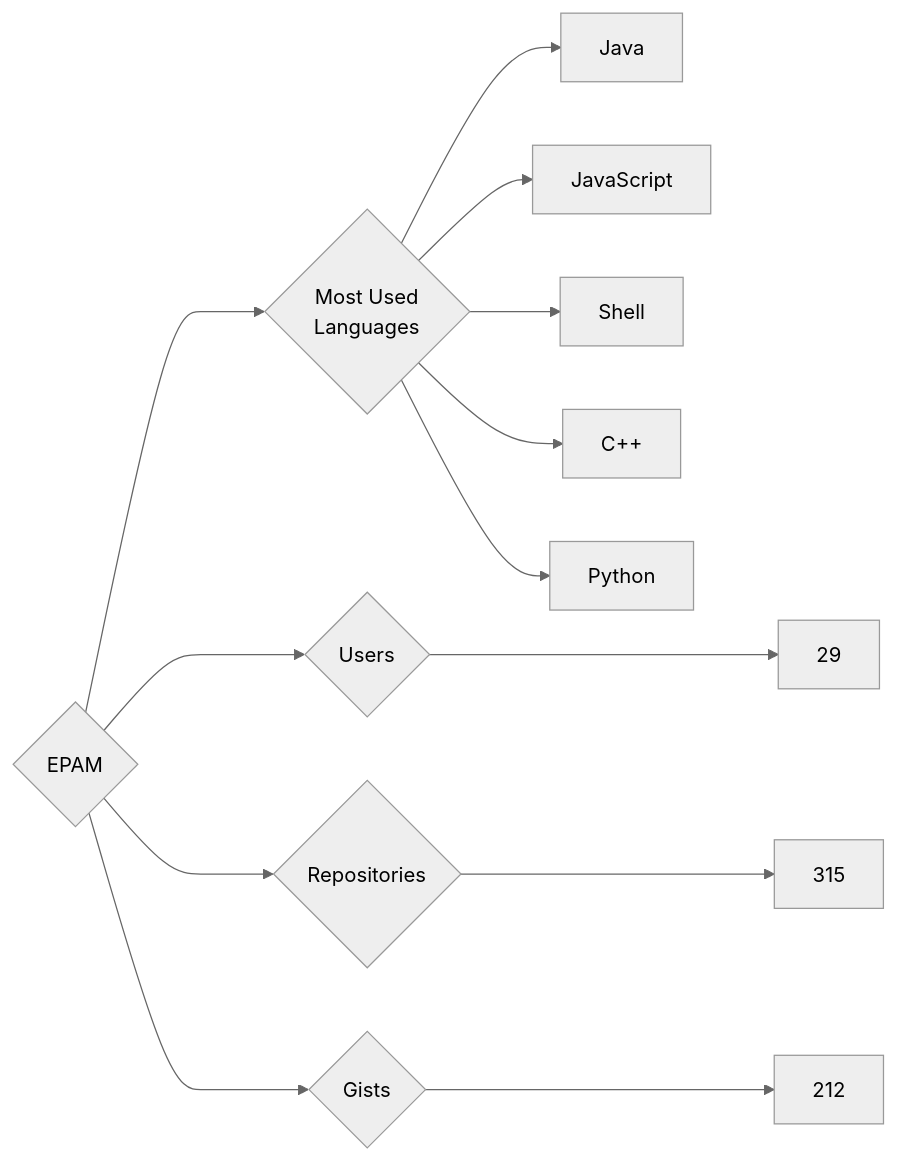
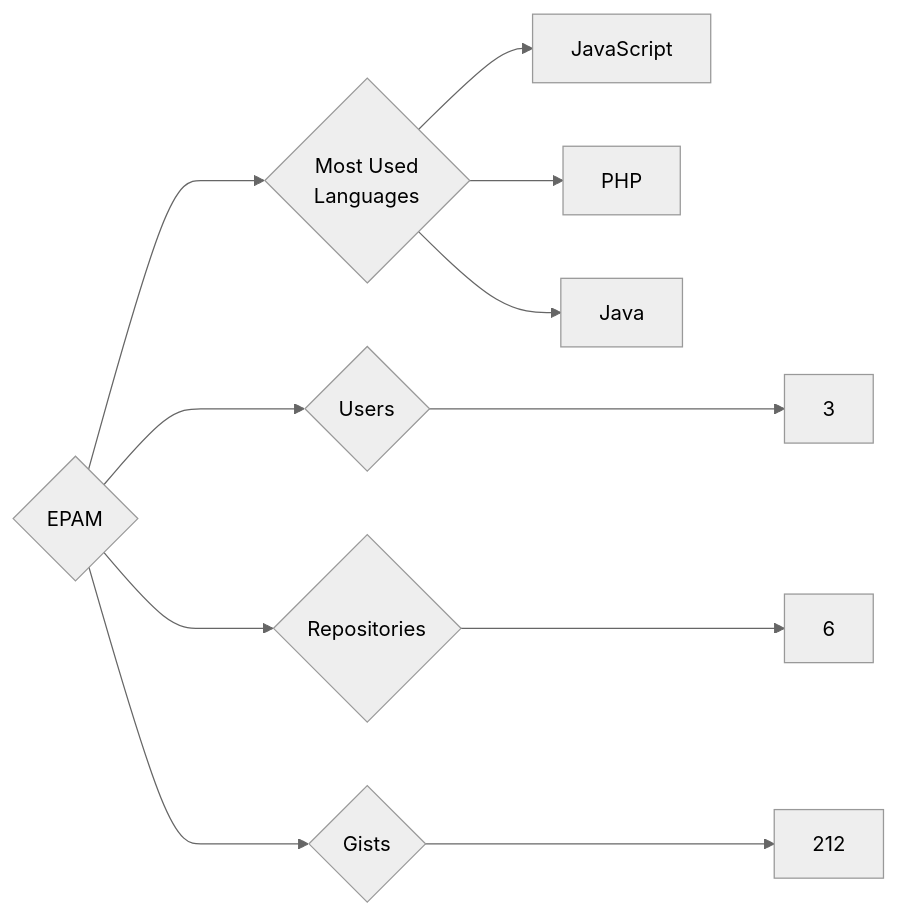
The diagram in targets/EPAM/README.md (trickest/insiders), drawn with Mermaid (neutral theme) before and after one commit. The commit also changed 934 other files, not shown here.

````diff
--- a/targets/EPAM/README.md
+++ b/targets/EPAM/README.md
@@ -3,13 +3,11 @@
 ```mermaid
 graph LR
 COMPANY_NAME{EPAM}
-COMPANY_NAME ---> U{Users} ---> UN[29]
-COMPANY_NAME ---> R{Repositories} ---> RN[315]
+COMPANY_NAME ---> U{Users} ---> UN[3]
+COMPANY_NAME ---> R{Repositories} ---> RN[6]
 COMPANY_NAME ---> G{Gists} ---> GN[212]
 COMPANY_NAME ---> ML{Most Used<br>Languages}
+ML --> JavaScript[JavaScript]
+ML --> PHP[PHP]
 ML --> Java[Java]
-ML --> JavaScript[JavaScript]
-ML --> Shell[Shell]
-ML --> C++[C++]
-ML --> Python[Python]
 ```
````
